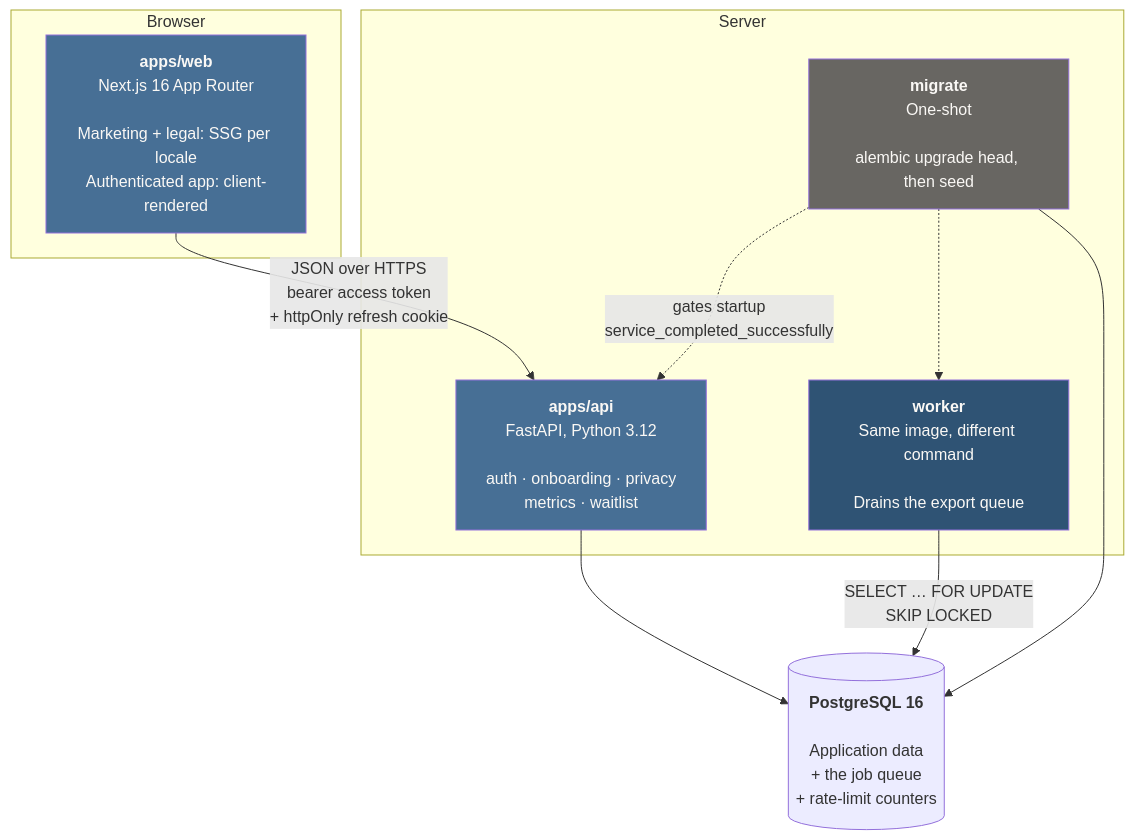
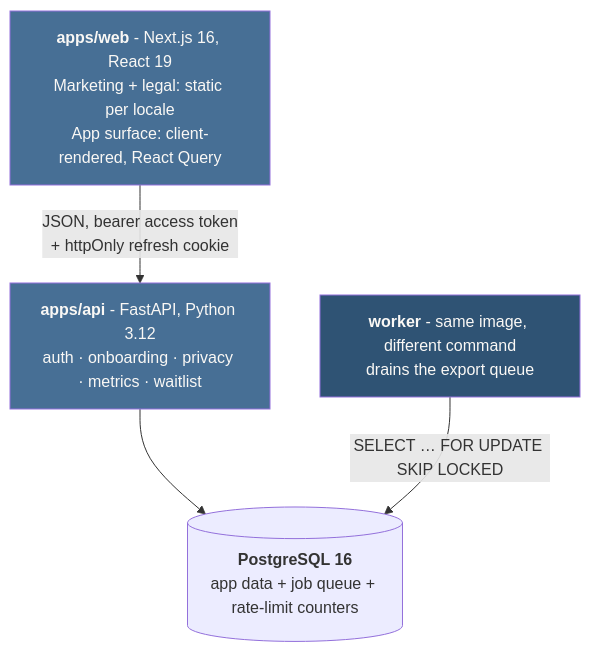
One commit to mohammadmaleh/beff-assignment changed the diagram in README.md. Above: the diagram before and after it, drawn with Mermaid. The commit also changed other lines of this file and 394 other files, not shown here.

````diff
--- a/README.md
+++ b/README.md
@@ -122,26 +76,15 @@
 ```mermaid
 graph TD
-    subgraph browser["Browser"]
-        web["<b>apps/web</b><br/>Next.js 16 App Router<br/><br/>Marketing + legal: SSG per locale<br/>Authenticated app: client-rendered"]
-    end
+    web["<b>apps/web</b> - Next.js 16, React 19<br/>Marketing + legal: static per locale<br/>App surface: client-rendered, React Query"]
+    api["<b>apps/api</b> - FastAPI, Python 3.12<br/>auth · onboarding · privacy · metrics · waitlist"]
+    worker["<b>worker</b> - same image, different command<br/>drains the export queue"]
+    db[("<b>PostgreSQL 16</b><br/>app data + job queue + rate-limit counters")]
 
-    subgraph server["Server"]
-        api["<b>apps/api</b><br/>FastAPI, Python 3.12<br/><br/>auth · onboarding · privacy<br/>metrics · waitlist"]
-        worker["<b>worker</b><br/>Same image, different command<br/><br/>Drains the export queue"]
-        migrate["<b>migrate</b><br/>One-shot<br/><br/>alembic upgrade head, then seed"]
-    end
-
-    db[("<b>PostgreSQL 16</b><br/><br/>Application data<br/>+ the job queue<br/>+ rate-limit counters")]
-
-    web -->|"JSON over HTTPS<br/>bearer access token<br/>+ httpOnly refresh cookie"| api
+    web -->|"JSON, bearer access token<br/>+ httpOnly refresh cookie"| api
     api --> db
-    worker -->|"SELECT … FOR UPDATE<br/>SKIP LOCKED"| db
-    migrate --> db
-    migrate -.->|"gates startup<br/>service_completed_successfully"| api
-    migrate -.-> worker
+    worker -->|"SELECT … FOR UPDATE SKIP LOCKED"| db
 
     style web fill:#476f95,color:#faf8f5
     style api fill:#476f95,color:#faf8f5
     style worker fill:#2f5374,color:#faf8f5
-    style migrate fill:#686662,color:#faf8f5
 ```
````
